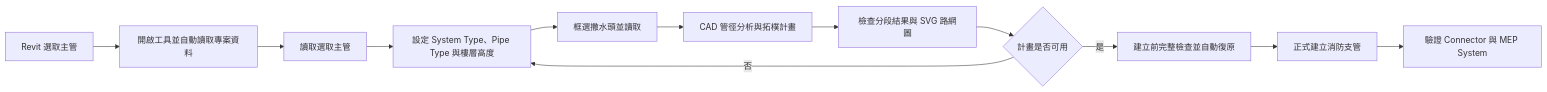
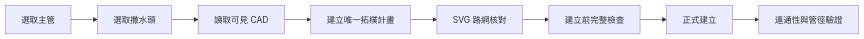
One commit to NicheSam/SC-REVIT changed the diagram in README.md. Above: the diagram before and after it, drawn with Mermaid. The commit also changed other lines of this file and 3 other files, not shown here.

````diff
--- a/README.md
+++ b/README.md
@@ -61,14 +64,10 @@
 ```mermaid
 flowchart LR
-    A["Revit 選取主管"] --> B["開啟工具並自動讀取專案資料"]
-    B --> B2["讀取選取主管"]
-    B2 --> C["設定 System Type、Pipe Type 與樓層高度"]
-    C --> D["框選撒水頭並讀取"]
-    D --> E["CAD 管徑分析與拓樸計畫"]
-    E --> F["檢查分段結果與 SVG 路網圖"]
-    F --> G{"計畫是否可用"}
-    G -- "否" --> C
-    G -- "是" --> H["建立前完整檢查並自動復原"]
-    H --> I["正式建立消防支管"]
-    I --> J["驗證 Connector 與 MEP System"]
+    A[選取主管] --> B[選取撒水頭]
+    B --> C[讀取可見 CAD]
+    C --> D[建立唯一拓樸計畫]
+    D --> E[SVG 路網核對]
+    E --> F[建立前完整檢查]
+    F --> G[正式建立]
+    G --> H[連通性與管徑驗證]
 ```
````
